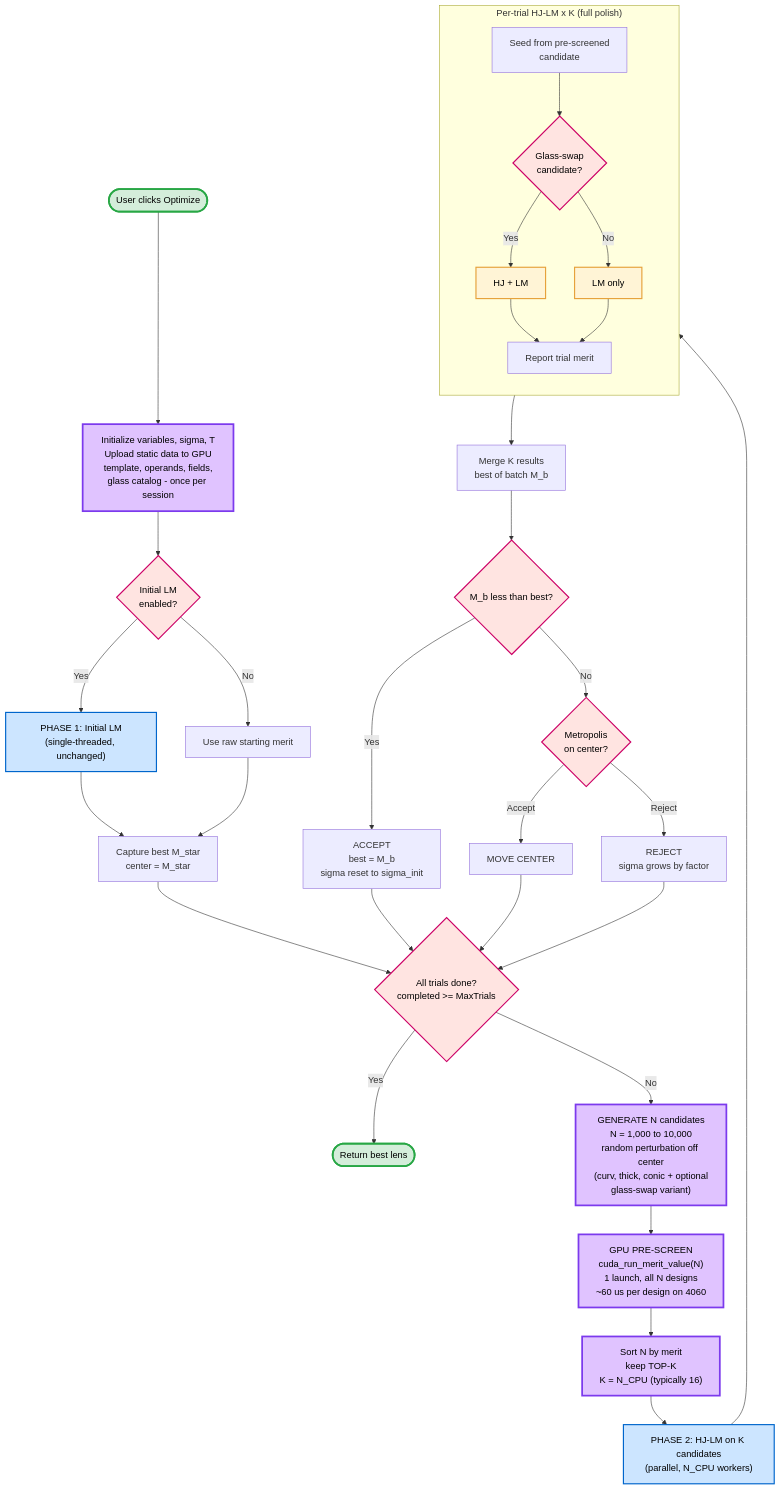
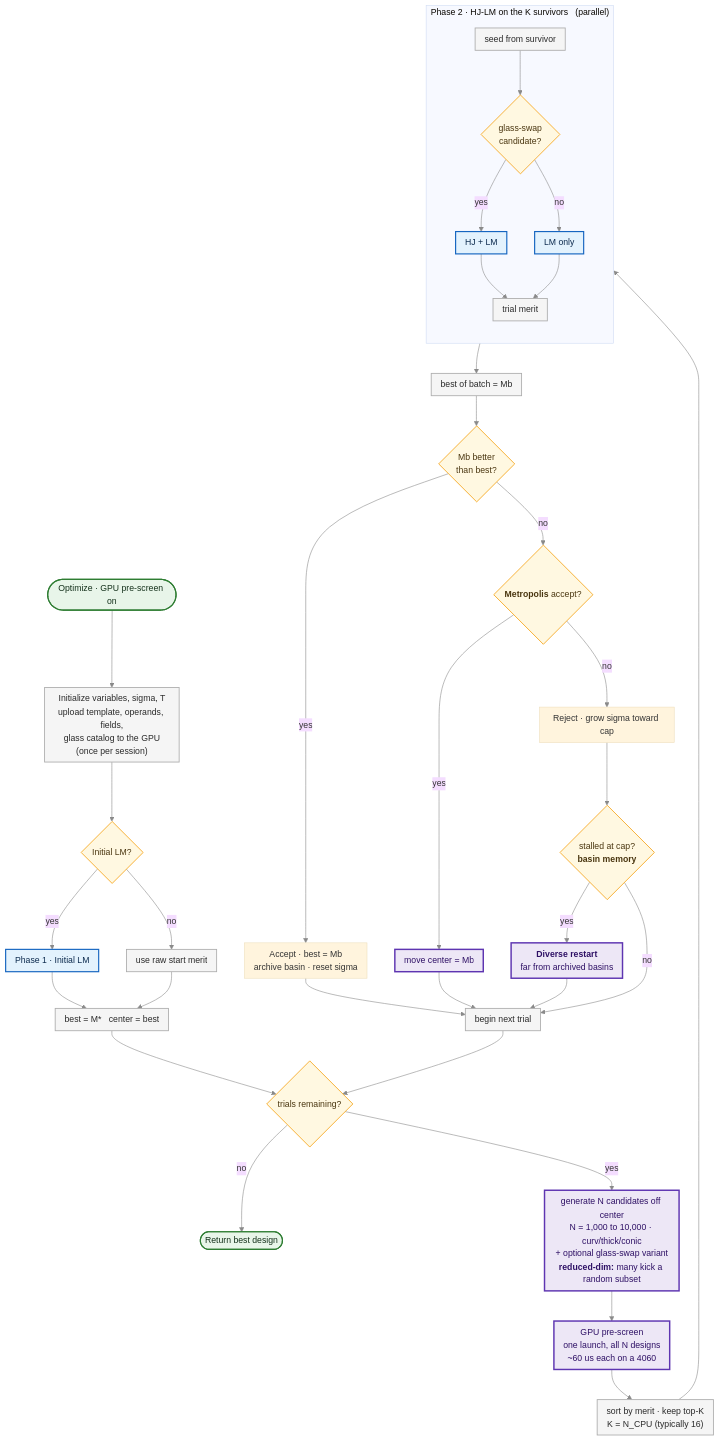
One commit to SynapseOptics/LensHH-LT changed the diagram in docs/build/diagrams/3_gpu_prescreen.mmd. Above: the diagram before and after it, drawn with Mermaid. The commit also changed 12 other files, not shown here.

First line of the commit message:
Docs: 1.0.146 optimizer settings, refreshed flow diagrams, CHANGELOG

```diff
--- a/docs/build/diagrams/3_gpu_prescreen.mmd
+++ b/docs/build/diagrams/3_gpu_prescreen.mmd
@@ -1,41 +1,62 @@
+---
+config:
+  theme: base
+  flowchart:
+    curve: basis
+    nodeSpacing: 48
+    rankSpacing: 52
+    padding: 8
+  themeVariables:
+    fontFamily: "Segoe UI, Helvetica, Arial, sans-serif"
+    fontSize: 15px
+    lineColor: "#8a8a8a"
+---
 flowchart TD
-    Start(["User clicks Optimize"]) --> Init["Initialize variables, sigma, T<br>Upload static data to GPU<br>template, operands, fields,<br>glass catalog - once per session"]
-    Init --> Ph1Check{"Initial LM<br>enabled?"}
-    Ph1Check -- Yes --> Ph1LM["PHASE 1: Initial LM<br>(single-threaded, unchanged)"]
-    Ph1Check -- No --> Skip1["Use raw starting merit"]
-    Ph1LM --> CaptureBest["Capture best M_star<br>center = M_star"]
-    Skip1 --> CaptureBest
-    CaptureBest --> LoopCheck{"All trials done?<br>completed >= MaxTrials"}
-    LoopCheck -- Yes --> Return(["Return best lens"])
-    LoopCheck -- No --> Gen["GENERATE N candidates<br>N = 1,000 to 10,000<br>random perturbation off center<br>(curv, thick, conic + optional<br>glass-swap variant)"]
-    Gen --> GPU["GPU PRE-SCREEN<br>cuda_run_merit_value(N)<br>1 launch, all N designs<br>~60 us per design on 4060"]
-    GPU --> Sort["Sort N by merit<br>keep TOP-K<br>K = N_CPU (typically 16)"]
-    Sort --> ParTrial["PHASE 2: HJ-LM on K candidates<br>(parallel, N_CPU workers)"]
-    ParTrial --> Trial
-    subgraph Trial["Per-trial HJ-LM x K (full polish)"]
-        direction TB
-        T1["Seed from pre-screened<br>candidate"] --> T2{"Glass-swap<br>candidate?"}
-        T2 -- Yes --> T5["HJ + LM"]
-        T2 -- No --> T6["LM only"]
-        T5 --> T7["Report trial merit"]
-        T6 --> T7
+    Start(["Optimize &middot; GPU pre-screen on"]) --> Init["Initialize variables, sigma, T<br/>upload template, operands, fields,<br/>glass catalog to the GPU<br/>(once per session)"]
+    Init --> Ph1{"Initial LM?"}
+    Ph1 -- yes --> Ph1LM["Phase 1 &middot; Initial LM"]
+    Ph1 -- no --> Skip["use raw start merit"]
+    Ph1LM --> Best["best = M* &nbsp; center = best"]
+    Skip --> Best
+    Best --> Loop{"trials remaining?"}
+    Loop -- no --> Done(["Return best design"])
+    Loop -- yes --> Gen["generate N candidates off center<br/>N = 1,000 to 10,000 &middot; curv/thick/conic<br/>+ optional glass-swap variant<br/><b>reduced-dim:</b> many kick a random subset"]
+    Gen --> GPU["GPU pre-screen<br/>one launch, all N designs<br/>~60 us each on a 4060"]
+    GPU --> Sort["sort by merit &middot; keep top-K<br/>K = N_CPU (typically 16)"]
+    Sort --> Trial
+
+    subgraph Trial["Phase 2 &middot; HJ-LM on the K survivors &nbsp; (parallel)"]
+      direction TB
+      S1["seed from survivor"] --> S2{"glass-swap<br/>candidate?"}
+      S2 -- yes --> S5["HJ + LM"]
+      S2 -- no --> S6["LM only"]
+      S5 --> S7["trial merit"]
+      S6 --> S7
     end
-    Trial --> Merge["Merge K results<br>best of batch M_b"]
-    Merge --> Acc{"M_b less than best?"}
-    Acc -- Yes --> Accept["ACCEPT<br>best = M_b<br>sigma reset to sigma_init"]
-    Acc -- No --> Metro{"Metropolis<br>on center?"}
-    Metro -- Accept --> MetroAcc["MOVE CENTER"]
-    Metro -- Reject --> Reject["REJECT<br>sigma grows by factor"]
-    Accept --> LoopCheck
-    MetroAcc --> LoopCheck
-    Reject --> LoopCheck
-    classDef expensive fill:#fff4d6,stroke:#e6a23c,stroke-width:2px,color:#000
-    classDef phase fill:#cce5ff,stroke:#0066cc,stroke-width:2px,color:#000
-    classDef decision fill:#ffe4e1,stroke:#cc0066,stroke-width:2px,color:#000
-    classDef terminal fill:#d4edda,stroke:#28a745,stroke-width:3px,color:#000
-    classDef gpu fill:#e0c3ff,stroke:#7c3aed,stroke-width:3px,color:#000
-    class T5,T6 expensive
-    class Ph1LM,ParTrial phase
-    class Ph1Check,LoopCheck,Acc,Metro,T2 decision
-    class Start,Return terminal
-    class Init,Gen,GPU,Sort gpu
+
+    Trial --> Merge["best of batch = Mb"]
+    Merge --> Acc{"Mb better<br/>than best?"}
+    Acc -- yes --> Accept["Accept &middot; best = Mb<br/>archive basin &middot; reset sigma"]
+    Acc -- no --> Metro{"<b>Metropolis</b> accept?"}
+    Metro -- yes --> Move["move center = Mb"]
+    Metro -- no --> Rej["Reject &middot; grow sigma toward cap"]
+    Rej --> Stall{"stalled at cap?<br/><b>basin memory</b>"}
+    Stall -- yes --> Restart["<b>Diverse restart</b><br/>far from archived basins"]
+    Accept --> Next["begin next trial"]
+    Move --> Next
+    Restart --> Next
+    Stall -- no --> Next
+    Next --> Loop
+
+    classDef term  fill:#e8f5e9,stroke:#2e7d32,stroke-width:2px,color:#14311b
+    classDef phase fill:#e3f2fd,stroke:#1565c0,stroke-width:2px,color:#0d2b4e
+    classDef dec   fill:#fff8e1,stroke:#f6a821,stroke-width:1.5px,color:#4a3610
+    classDef work  fill:#f5f5f5,stroke:#adadad,stroke-width:1.5px,color:#2a2a2a
+    classDef gpu   fill:#ede7f6,stroke:#5e35b1,stroke-width:2.5px,color:#2e1065
+    classDef lever fill:#ede7f6,stroke:#5e35b1,stroke-width:2.5px,color:#2e1065
+    class Start,Done term
+    class Ph1LM,S5,S6 phase
+    class Ph1,Loop,Acc,Metro,S2,Stall dec
+    class Init,Skip,Best,Sort,S1,S7,Merge,Next work
+    class Gen,GPU gpu
+    class Move,Restart lever
```
